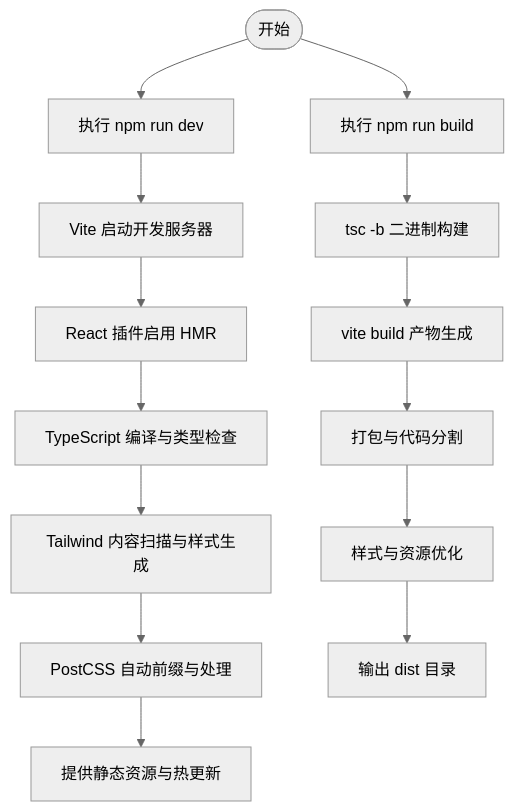
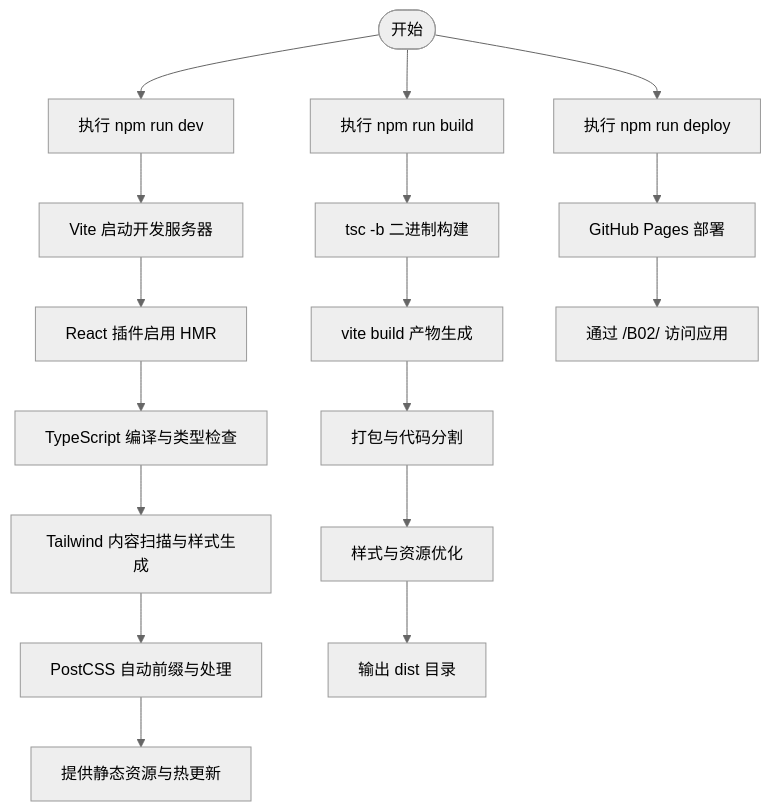
Before and after one commit to InfSky-233/B02: the fourth of 4 diagrams in .qoder/repowiki/zh/content/项目架构/构建配置.md, drawn with Mermaid (neutral theme). The commit also changed other lines of this file and 12 other files, not shown here.

````diff
--- a/.qoder/repowiki/zh/content/项目架构/构建配置.md
+++ b/.qoder/repowiki/zh/content/项目架构/构建配置.md
@@ -222,16 +247,19 @@
 ```mermaid
 flowchart TD
 Start(["开始"]) --> Dev["执行 npm run dev"]
 Dev --> ViteRun["Vite 启动开发服务器"]
 ViteRun --> ReactPlugin["React 插件启用 HMR"]
 ReactPlugin --> TSCompile["TypeScript 编译与类型检查"]
 TSCompile --> TailwindScan["Tailwind 内容扫描与样式生成"]
 TailwindScan --> PostCSS["PostCSS 自动前缀与处理"]
 PostCSS --> Serve["提供静态资源与热更新"]
 Start --> Build["执行 npm run build"]
 Build --> TSCBuild["tsc -b 二进制构建"]
 TSCBuild --> ViteBuild["vite build 产物生成"]
 ViteBuild --> Bundle["打包与代码分割"]
 Bundle --> Optimize["样式与资源优化"]
 Optimize --> Dist["输出 dist 目录"]
+Start --> Deploy["执行 npm run deploy"]
+Deploy --> GHPages["GitHub Pages 部署"]
+GHPages --> Access["通过 /B02/ 访问应用"]
 ```
````
